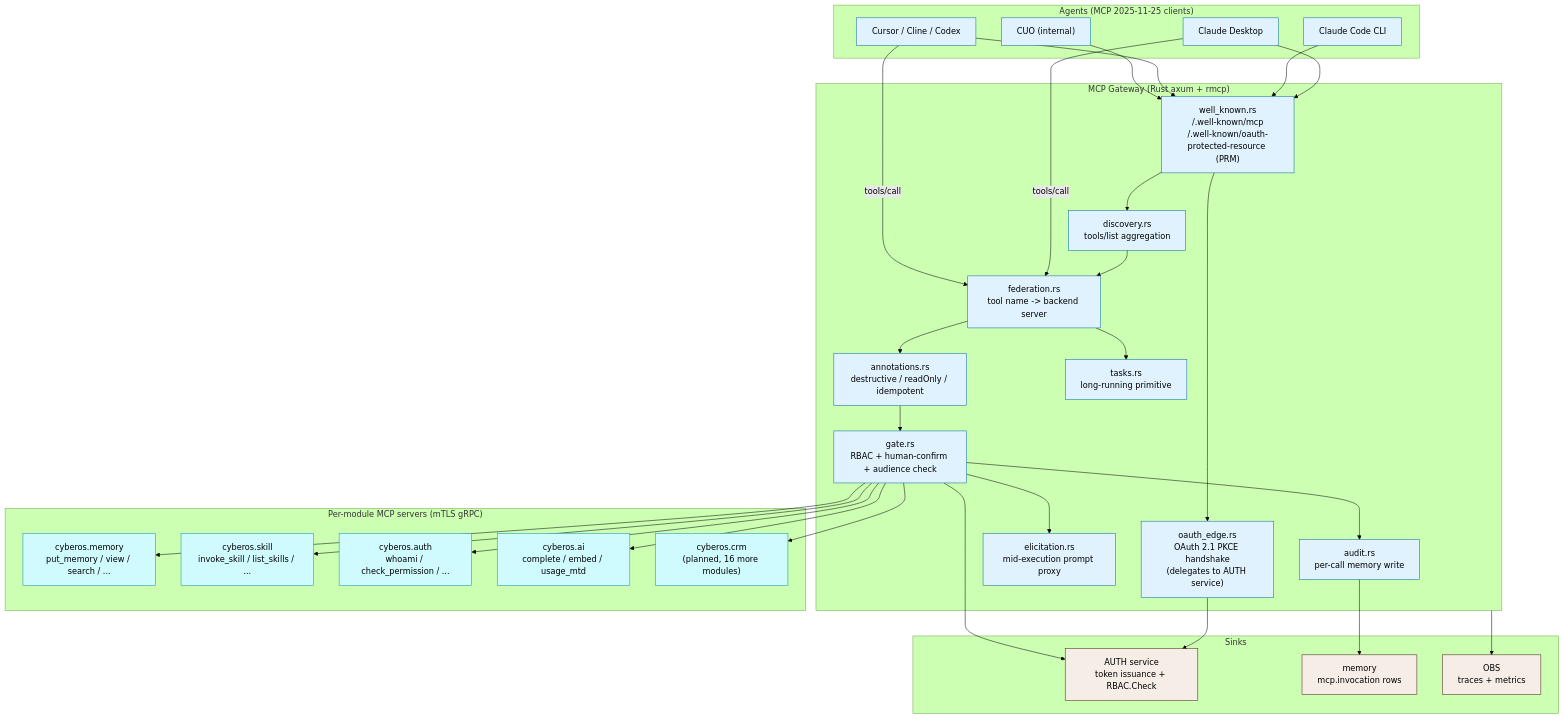
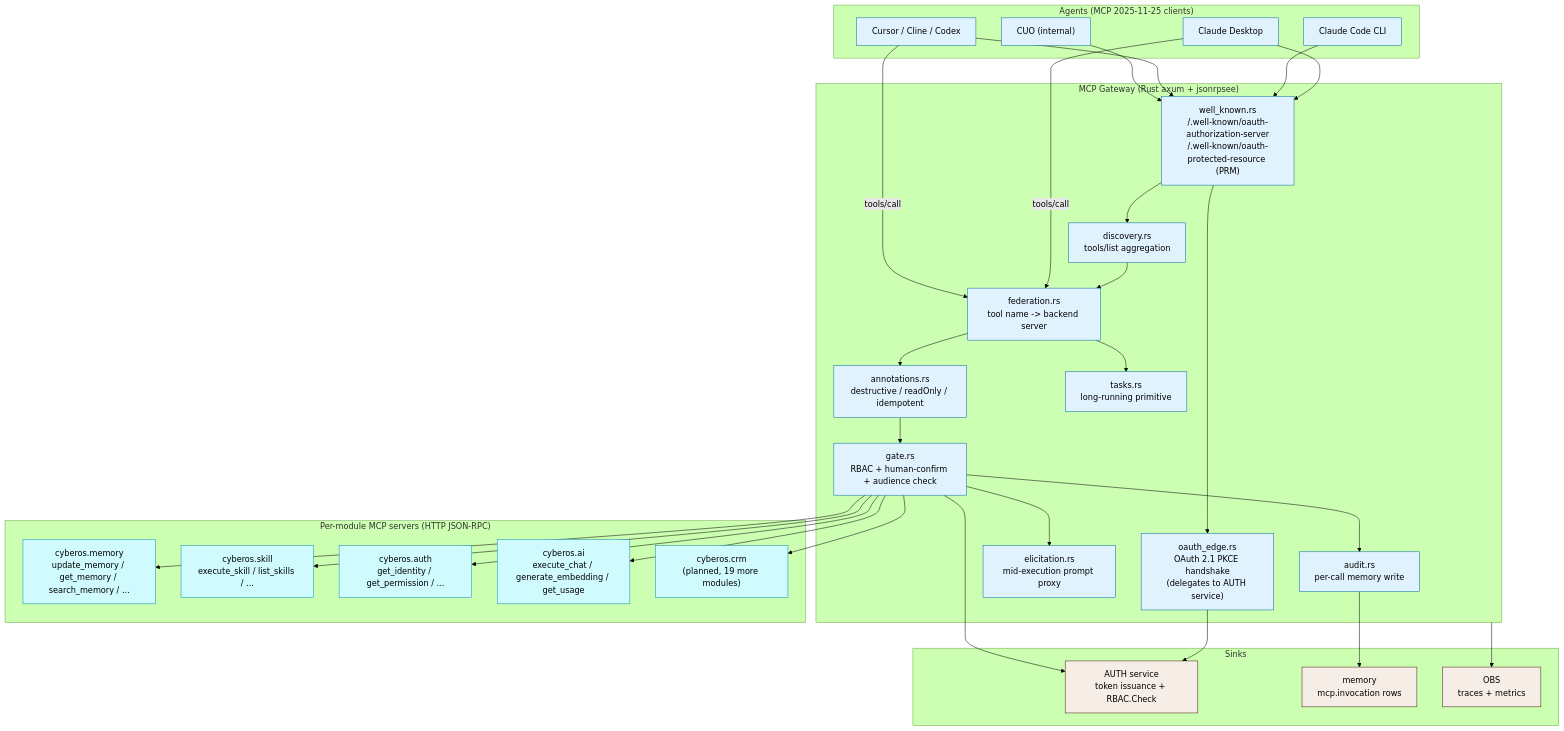
Before and after one commit to cyberskill-official/cyberos: the third of 11 diagrams in services/mcp-gateway/docs/index.md, drawn with Mermaid (forest theme). The commit also changed other lines of this file and 20 other files, not shown here.

Commit message:
docs: apply operator rulings - retarget plugin to shipped, cuo full-title slugs, mcp HTTP transport, portal phase, skill live totals

````diff
--- a/services/mcp-gateway/docs/index.md
+++ b/services/mcp-gateway/docs/index.md
@@ -296,61 +297,61 @@
 ```mermaid
 graph TB
   subgraph CLIENTS ["Agents (MCP 2025-11-25 clients)"]
     CL_D["Claude Desktop"]
     CL_C["Claude Code CLI"]
     CUR["Cursor / Cline / Codex"]
     CUO["CUO (internal)"]
   end
-  subgraph GATEWAY ["MCP Gateway (Rust axum + rmcp)"]
-    WK["well_known.rs<br/>/.well-known/mcp<br/>/.well-known/oauth-protected-resource (PRM)"]
+  subgraph GATEWAY ["MCP Gateway (Rust axum + jsonrpsee)"]
+    WK["well_known.rs<br/>/.well-known/oauth-authorization-server<br/>/.well-known/oauth-protected-resource (PRM)"]
     AUTH_E["oauth_edge.rs<br/>OAuth 2.1 PKCE handshake<br/>(delegates to AUTH service)"]
     DISC["discovery.rs<br/>tools/list aggregation"]
     ROUT["federation.rs<br/>tool name -> backend server"]
     ANN["annotations.rs<br/>destructive / readOnly / idempotent"]
     GATE["gate.rs<br/>RBAC + human-confirm + audience check"]
     TASKS["tasks.rs<br/>long-running primitive"]
     ELI["elicitation.rs<br/>mid-execution prompt proxy"]
     AUD["audit.rs<br/>per-call memory write"]
   end
-  subgraph BACKENDS ["Per-module MCP servers (mTLS gRPC)"]
-    BR["cyberos.memory<br/>put_memory / view / search / ..."]
-    SK["cyberos.skill<br/>invoke_skill / list_skills / ..."]
-    AU["cyberos.auth<br/>whoami / check_permission / ..."]
-    AI["cyberos.ai<br/>complete / embed / usage_mtd"]
-    CRM["cyberos.crm<br/>(planned, 16 more modules)"]
+  subgraph BACKENDS ["Per-module MCP servers (HTTP JSON-RPC)"]
+    BR["cyberos.memory<br/>update_memory / get_memory / search_memory / ..."]
+    SK["cyberos.skill<br/>execute_skill / list_skills / ..."]
+    AU["cyberos.auth<br/>get_identity / get_permission / ..."]
+    AI["cyberos.ai<br/>execute_chat / generate_embedding / get_usage"]
+    CRM["cyberos.crm<br/>(planned, 19 more modules)"]
   end
   subgraph SINKS ["Sinks"]
     AUTHSVC["AUTH service<br/>token issuance + RBAC.Check"]
     memory["memory<br/>mcp.invocation rows"]
     OBS["OBS<br/>traces + metrics"]
   end
   CL_D --> WK
   CL_C --> WK
   CUR --> WK
   CUO --> WK
   WK --> AUTH_E
   AUTH_E --> AUTHSVC
   WK --> DISC
   DISC --> ROUT
   CL_D -->|tools/call| ROUT
   CUR -->|tools/call| ROUT
   ROUT --> ANN
   ANN --> GATE
   GATE --> AUTHSVC
   GATE --> BR
   GATE --> SK
   GATE --> AU
   GATE --> AI
   GATE --> CRM
   ROUT --> TASKS
   GATE --> ELI
   GATE --> AUD
   AUD --> memory
   GATEWAY --> OBS
   classDef planned fill:#e0f2fe,stroke:#0369a1
   classDef backend fill:#cffafe,stroke:#0891b2
   classDef sink fill:#f5ede6,stroke:#45210e
   class WK,AUTH_E,DISC,ROUT,ANN,GATE,TASKS,ELI,AUD,CL_D,CL_C,CUR,CUO planned
   class BR,SK,AU,AI,CRM backend
   class AUTHSVC,memory,OBS sink
 ```
````
